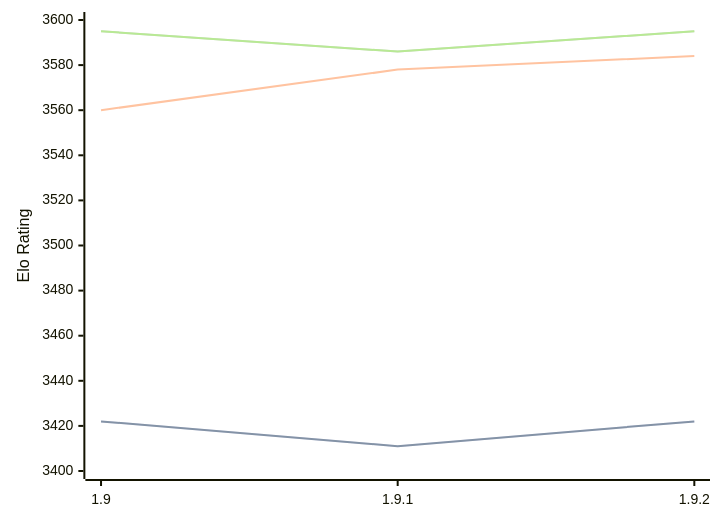
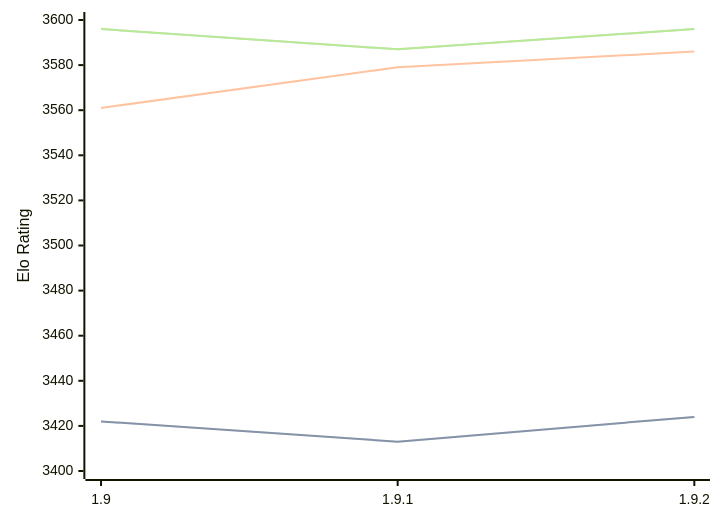
One commit to computer-chess-index/cci changed the diagram in engines/Pawnocchio.md. Above: the diagram before and after it, drawn with Mermaid. The commit also changed other lines of this file, not shown here.

Commit message:
Update CCI Ratings (ELO VLTC) - 2026-05-12

````diff
--- a/engines/Pawnocchio.md
+++ b/engines/Pawnocchio.md
@@ -48,11 +48,11 @@
 ```mermaid
 %%{init: {"theme":"base","themeVariables":{"seriesColors:['#a3a3a3','#222221','#faa371']}}}%%
 xychart-beta
   x-axis ["1.9", "1.9.1", "1.9.2"]
   y-axis "Elo Rating" 3400 --> 3600
-  line "STC (8.0+0.08s)" [3422, 3411, 3422]
-  line "STC (8.0+0.08s)" [3422, 3411, 3422]
-  line "LTC (60.0+0.60s)" [3560, 3578, 3584]
-  line "VLTC (2m24s+1.12s)" [3595, 3586, 3595]
-  line "VLTC (2m24s+1.12s)" [3595, 3586, 3595]
+  line "STC (8.0+0.08s)" [3422, 3413, 3424]
+  line "STC (8.0+0.08s)" [3422, 3413, 3424]
+  line "LTC (60.0+0.60s)" [3561, 3579, 3586]
+  line "VLTC (2m24s+1.12s)" [3596, 3587, 3596]
+  line "VLTC (2m24s+1.12s)" [3596, 3587, 3596]
 ```
````
